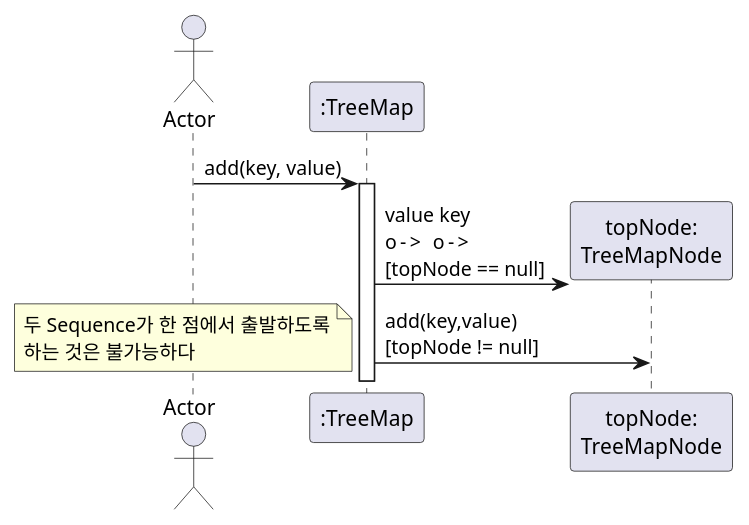
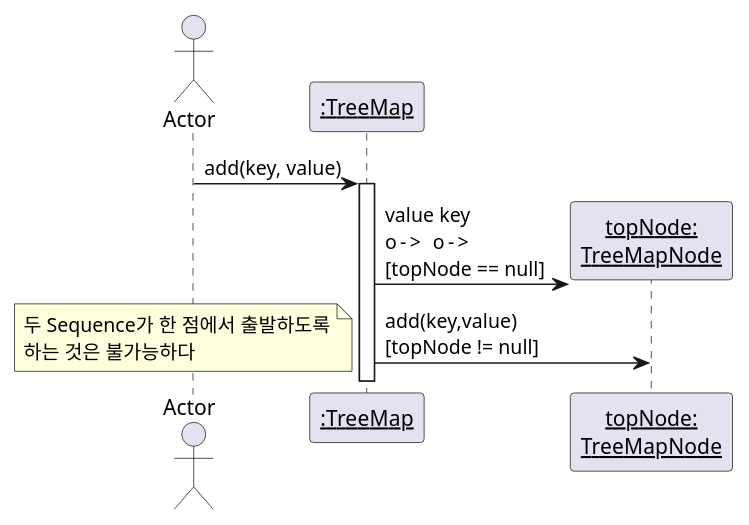
One commit to JongSeob/Draw-UML-in-UML-for-JAVA changed the diagram in Chater 1/Figure_1.4.puml. Above: the diagram before and after it, drawn with PlantUML. The commit also changed 9 other files, not shown here.

```diff
--- a/Chater 1/Figure_1.4.puml
+++ b/Chater 1/Figure_1.4.puml
@@ -1,21 +1,22 @@
-@startuml TreeMap_SequenceDiagram
+@startuml Figure_1.4
+' TreeMap_SequenceDiagram
 
 actor Actor
-participant ":TreeMap" as map
+participant "<u>:TreeMap</u>" as map
 
 Actor -> map : add(key, value)
 activate map
 
-create "topNode:\nTreeMapNode" as node
+create "<u>topNode:</u>\n<u>TreeMapNode</u>" as node
 map -> node : value key\no->     o->\n[topNode == null]
 map -> node : add(key,value)\n[topNode != null]
 note left
 두 Sequence가 한 점에서 출발하도록
 하는 것은 불가능하다
 endnote
 
 ' activeate
 ' deactivate
 ' destroy
 
 @enduml
```
